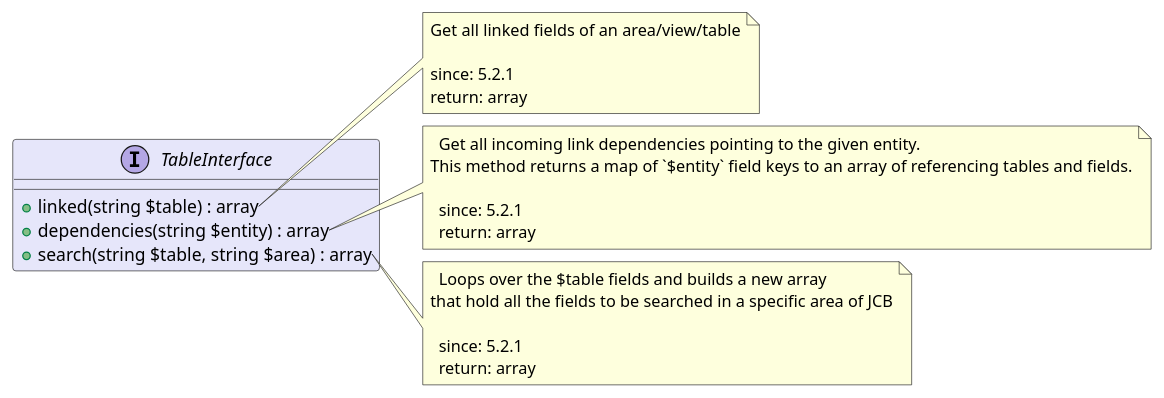
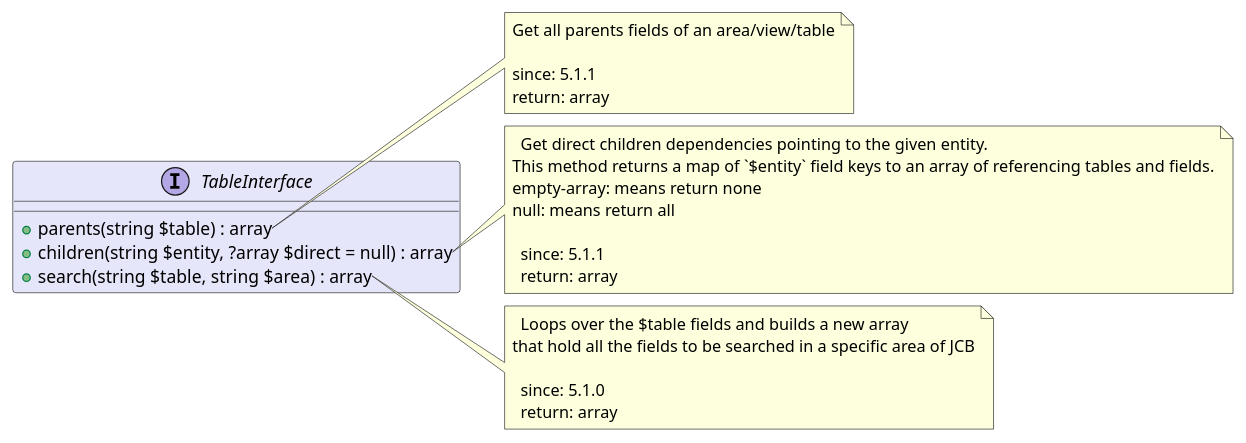
Before and after one commit to joomengine/jcb-packager: the diagram in src/1a977217-0bb6-44e9-a201-6b4f8478e5b1/README.md, drawn with PlantUML. The commit also changed other lines of this file and 498 other files, not shown here.

````diff
--- a/src/1a977217-0bb6-44e9-a201-6b4f8478e5b1/README.md
+++ b/src/1a977217-0bb6-44e9-a201-6b4f8478e5b1/README.md
@@ -13,33 +6,36 @@
 ```uml
 @startuml
+
 interface TableInterface  #Lavender {
-  + linked(string $table) : array
-  + dependencies(string $entity) : array
+  + parents(string $table) : array
+  + children(string $entity, ?array $direct = null) : array
   + search(string $table, string $area) : array
 }
 
-note right of TableInterface::linked
-  Get all linked fields of an area/view/table
+note right of TableInterface::parents
+  Get all parents fields of an area/view/table
 
-  since: 5.2.1
+  since: 5.1.1
   return: array
 end note
 
-note right of TableInterface::dependencies
-  Get all incoming link dependencies pointing to the given entity.
+note right of TableInterface::children
+  Get direct children dependencies pointing to the given entity.
 This method returns a map of `$entity` field keys to an array of referencing tables and fields.
+empty-array: means return none
+null: means return all
 
-  since: 5.2.1
+  since: 5.1.1
   return: array
 end note
 
 note right of TableInterface::search
   Loops over the $table fields and builds a new array
 that hold all the fields to be searched in a specific area of JCB
 
-  since: 5.2.1
+  since: 5.1.0
   return: array
 end note
- 
+
 @enduml
 ```
````
